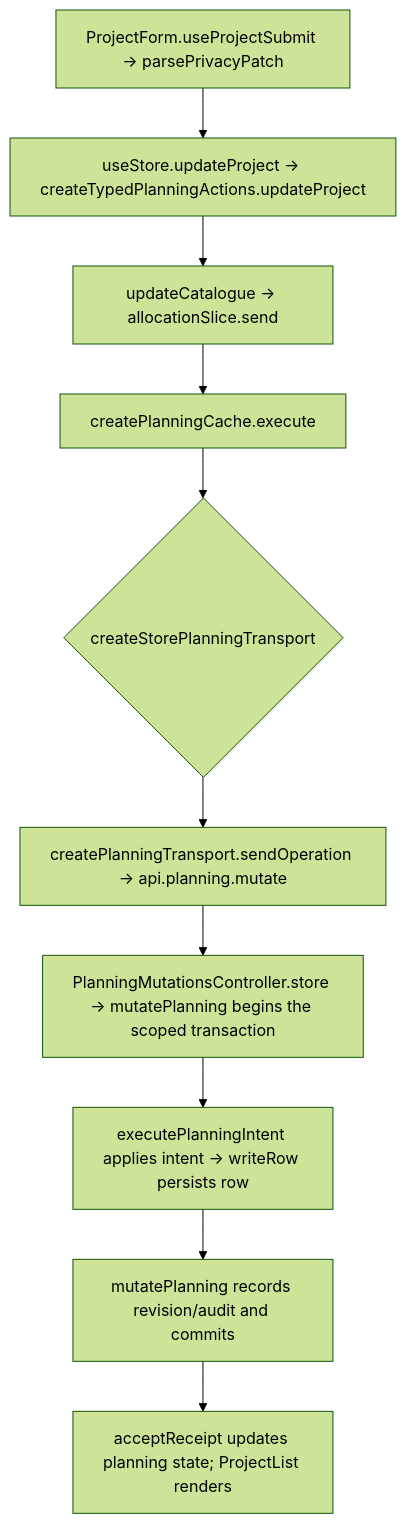
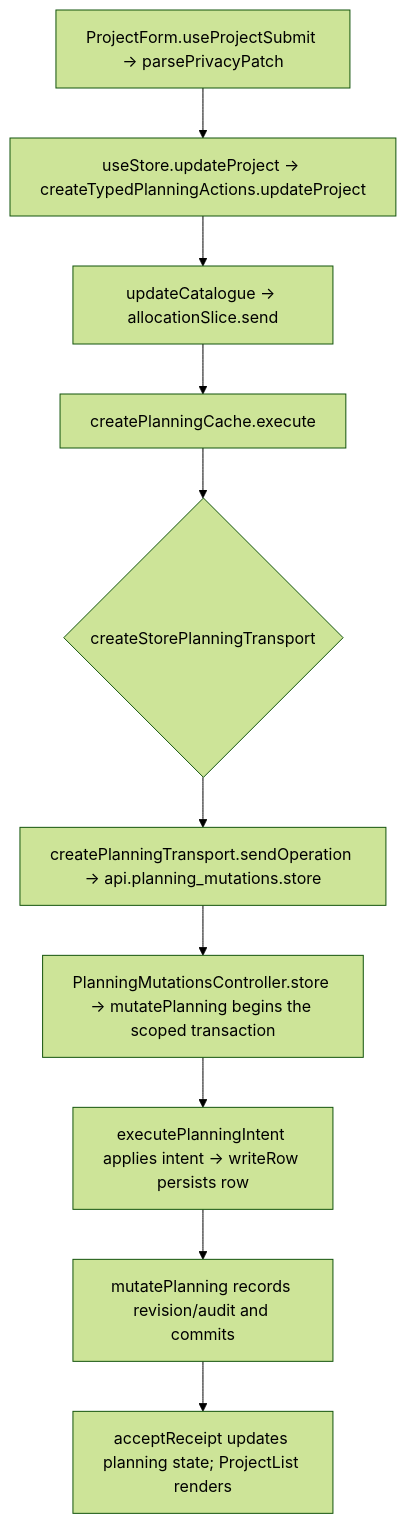
Before and after one commit to Kevinjohn/capacitylens: the second of 2 diagrams in user-stories/projects/US-PRJ-05-private-project-code-name.md, drawn with Mermaid (forest theme). The commit also changed 153 other files, not shown here.

````diff
--- a/user-stories/projects/US-PRJ-05-private-project-code-name.md
+++ b/user-stories/projects/US-PRJ-05-private-project-code-name.md
@@ -36,8 +36,8 @@
 ```mermaid
 flowchart TD
   A["ProjectForm.useProjectSubmit → parsePrivacyPatch"] --> B["useStore.updateProject → createTypedPlanningActions.updateProject"]
   B --> C["updateCatalogue → allocationSlice.send"]
   C --> D["createPlanningCache.execute"] --> E{"createStorePlanningTransport"}
-  E --> F["createPlanningTransport.sendOperation → api.planning.mutate"] --> G["PlanningMutationsController.store → mutatePlanning begins the scoped transaction"]
+  E --> F["createPlanningTransport.sendOperation → api.planning_mutations.store"] --> G["PlanningMutationsController.store → mutatePlanning begins the scoped transaction"]
   G --> H["executePlanningIntent applies intent → writeRow persists row"] --> K["mutatePlanning records revision/audit and commits"] --> J["acceptReceipt updates planning state; ProjectList renders"]
 ```
````
